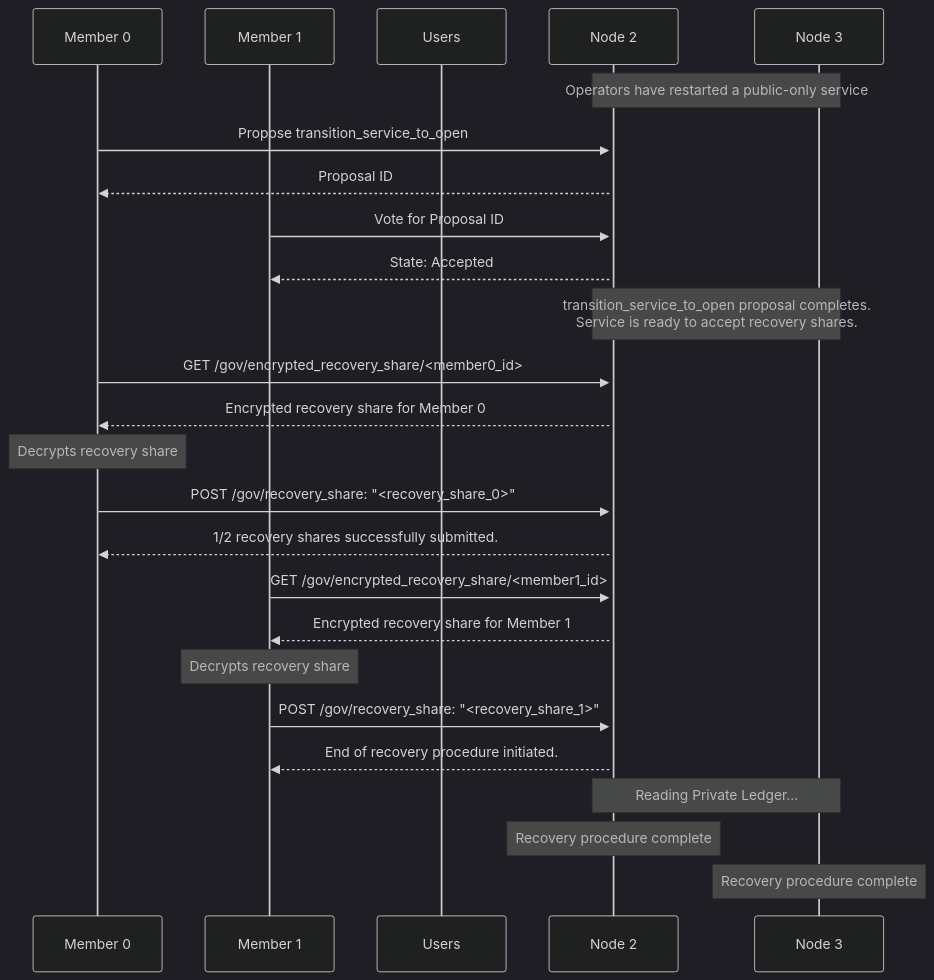
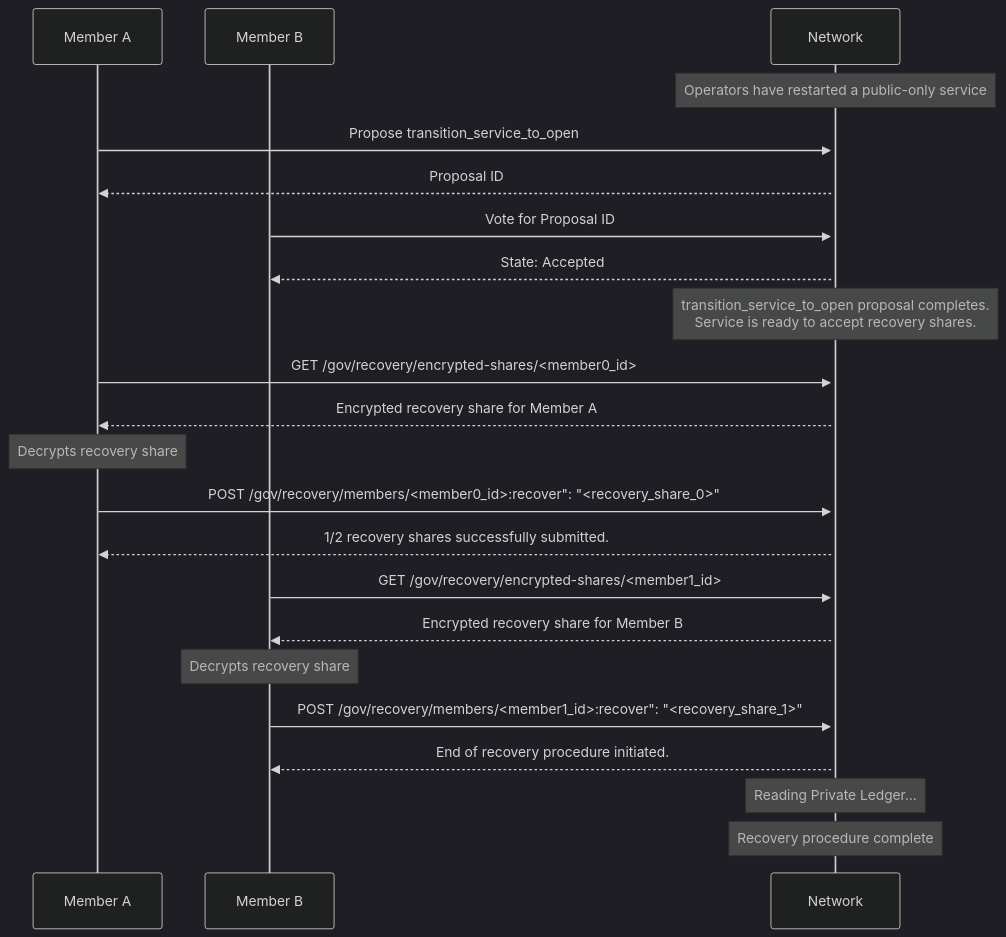
Before and after one commit to microsoft/CCF: the diagram in doc/governance/accept_recovery.rst, drawn with Mermaid (dark theme). The commit also changed other lines of this file and 41 other files, not shown here.

```diff
--- a/doc/governance/accept_recovery.rst
+++ b/doc/governance/accept_recovery.rst
@@ -101,33 +135,30 @@
 .. mermaid::
 
     sequenceDiagram
-        participant Member 0
-        participant Member 1
-        participant Users
-        participant Node 2
-        participant Node 3
+        participant Member A
+        participant Member B
+        participant Network
 
-        Note over Node 2, Node 3: Operators have restarted a public-only service
+        Note over Network: Operators have restarted a public-only service
 
-        Member 0->>+Node 2: Propose transition_service_to_open
-        Node 2-->>Member 0: Proposal ID
-        Member 1->>+Node 2: Vote for Proposal ID
-        Node 2-->>Member 1: State: Accepted
-        Note over Node 2, Node 3: transition_service_to_open proposal completes. <br> Service is ready to accept recovery shares.
+        Member A->>+Network: Propose transition_service_to_open
+        Network-->>Member A: Proposal ID
+        Member B->>+Network: Vote for Proposal ID
+        Network-->>Member B: State: Accepted
 
-        Member 0->>+Node 2: GET /gov/encrypted_recovery_share/<member0_id>
-        Node 2-->>Member 0: Encrypted recovery share for Member 0
-        Note over Member 0: Decrypts recovery share
-        Member 0->>+Node 2: POST /gov/recovery_share: "<recovery_share_0>"
-        Node 2-->>Member 0: 1/2 recovery shares successfully submitted.
+        Note over Network: transition_service_to_open proposal completes. <br> Service is ready to accept recovery shares.
 
-        Member 1->>+Node 2: GET /gov/encrypted_recovery_share/<member1_id>
-        Node 2-->>Member 1: Encrypted recovery share for Member 1
-        Note over Member 1: Decrypts recovery share
-        Member 1->>+Node 2: POST /gov/recovery_share: "<recovery_share_1>"
-        Node 2-->>Member 1: End of recovery procedure initiated.
+        Member A->>+Network: GET /gov/recovery/encrypted-shares/<member0_id>
+        Network-->>Member A: Encrypted recovery share for Member A
+        Note over Member A: Decrypts recovery share
+        Member A->>+Network: POST /gov/recovery/members/<member0_id>:recover": "<recovery_share_0>"
+        Network-->>Member A: 1/2 recovery shares successfully submitted.
 
-        Note over Node 2, Node 3: Reading Private Ledger...
+        Member B->>+Network: GET /gov/recovery/encrypted-shares/<member1_id>
+        Network-->>Member B: Encrypted recovery share for Member B
+        Note over Member B: Decrypts recovery share
+        Member B->>+Network: POST /gov/recovery/members/<member1_id>:recover": "<recovery_share_1>"
+        Network-->>Member B: End of recovery procedure initiated.
 
-        Note over Node 2: Recovery procedure complete
-        Note over Node 3: Recovery procedure complete
+        Note over Network: Reading Private Ledger...
+        Note over Network: Recovery procedure complete
```
